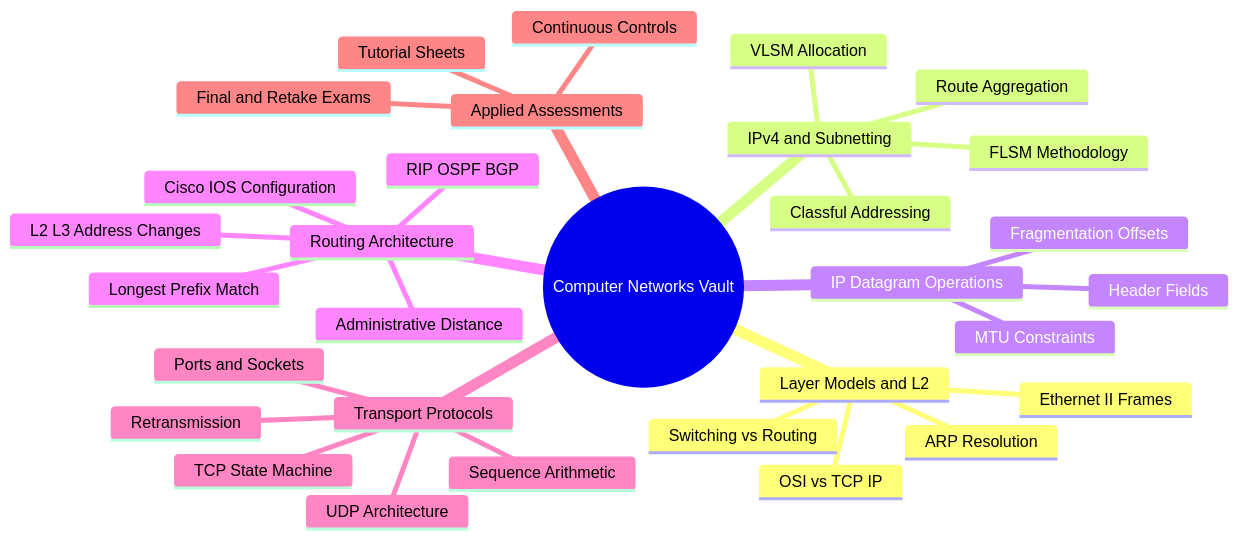
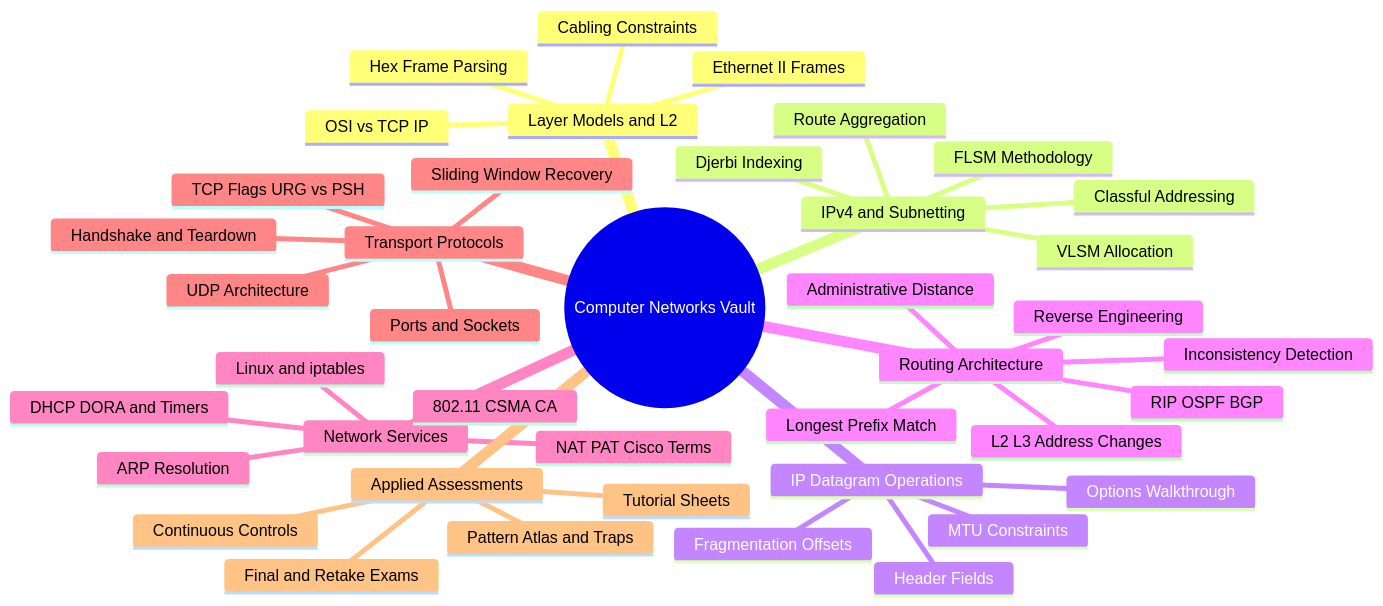
Before and after one commit to Vtheonly/UMBB-Advanced-Image-Processing-and-Python-Data-Sceince-: the diagram in 00. Master Index.md, drawn with Mermaid. The commit also changed other lines of this file and 68 other files, not shown here.

````diff
--- a/00. Master Index.md
+++ b/00. Master Index.md
@@ -32,34 +36,44 @@
 ```mermaid
 mindmap
   root((Computer Networks Vault))
     Layer Models and L2
       OSI vs TCP IP
       Ethernet II Frames
-      ARP Resolution
-      Switching vs Routing
+      Cabling Constraints
+      Hex Frame Parsing
     IPv4 and Subnetting
       Classful Addressing
       FLSM Methodology
       VLSM Allocation
+      Djerbi Indexing
       Route Aggregation
     IP Datagram Operations
       Header Fields
       MTU Constraints
       Fragmentation Offsets
+      Options Walkthrough
     Routing Architecture
       L2 L3 Address Changes
       Longest Prefix Match
       Administrative Distance
-      Cisco IOS Configuration
+      Inconsistency Detection
+      Reverse Engineering
       RIP OSPF BGP
+    Network Services
+      ARP Resolution
+      DHCP DORA and Timers
+      NAT PAT Cisco Terms
+      Linux and iptables
+      802.11 CSMA CA
     Transport Protocols
       Ports and Sockets
       UDP Architecture
-      TCP State Machine
-      Sequence Arithmetic
-      Retransmission
+      TCP Flags URG vs PSH
+      Handshake and Teardown
+      Sliding Window Recovery
     Applied Assessments
       Tutorial Sheets
       Continuous Controls
       Final and Retake Exams
+      Pattern Atlas and Traps
 ```
````
